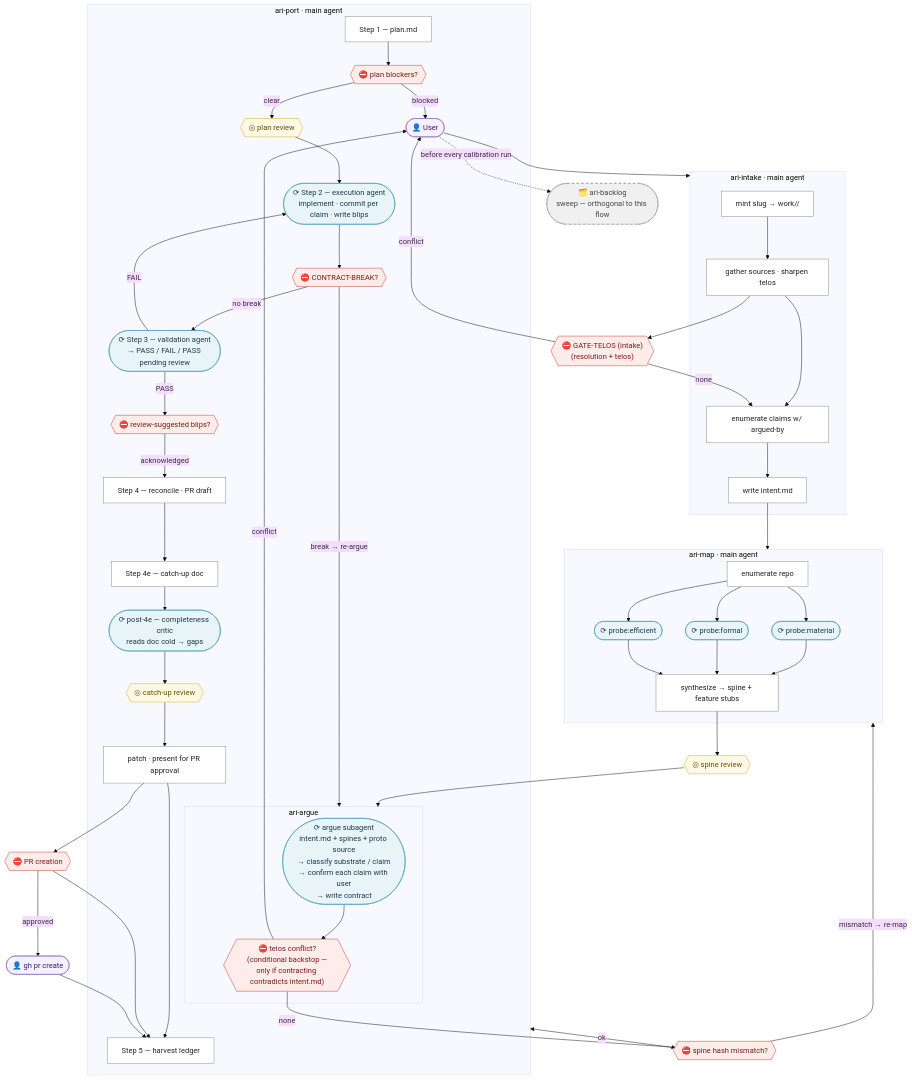
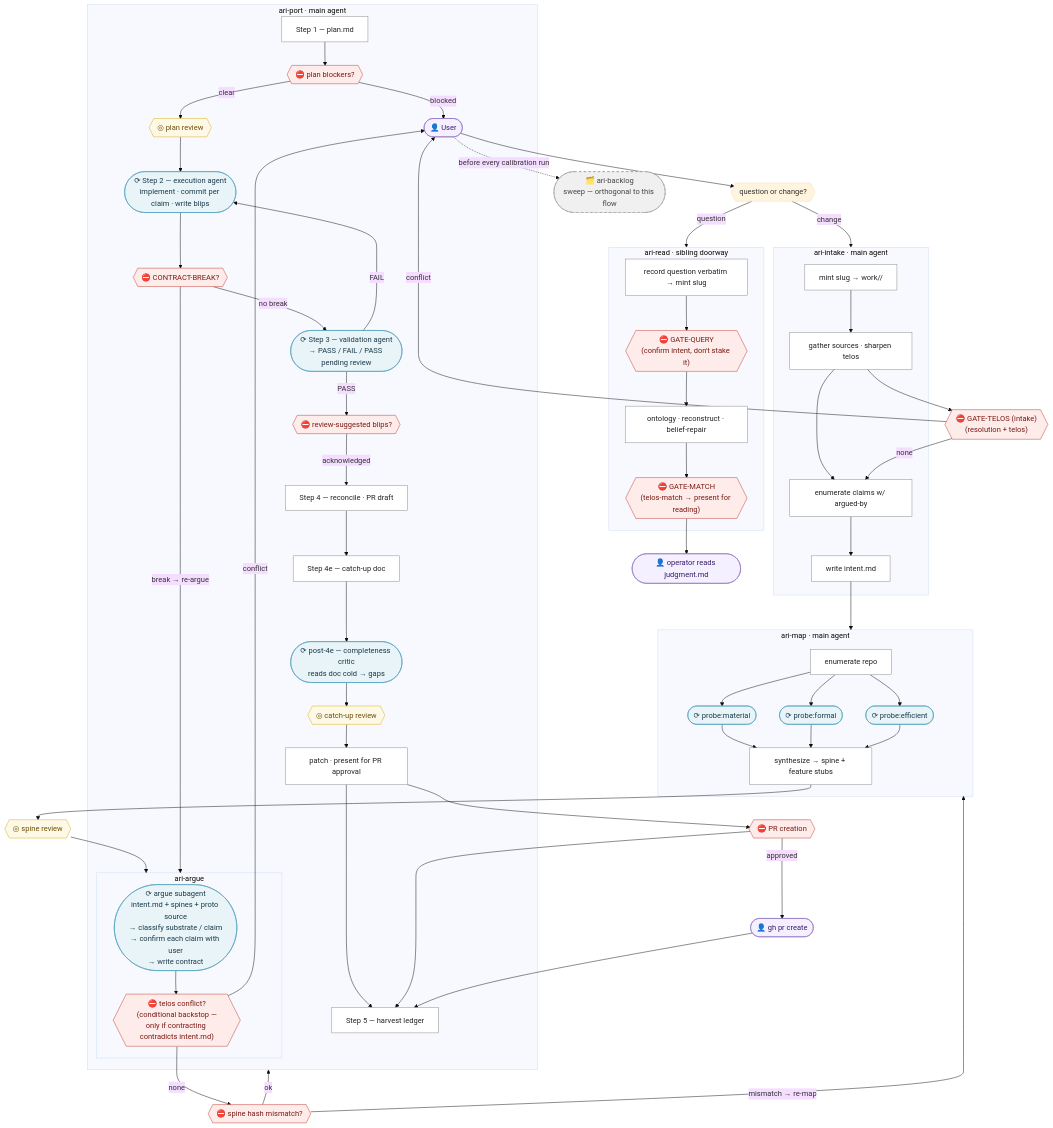
The diagram in README.md (wmorgus/anima-lite), drawn with Mermaid (base theme) before and after one commit. The commit also changed other lines of this file and 9 other files, not shown here.

First line of the commit message:
feat(harness): /ari-read — read-register doorway, reconstruction, GATE-QUERY + GATE-MATCH (PIN-34)

````diff
--- a/README.md
+++ b/README.md
@@ -62,7 +68,18 @@
 ```mermaid
 flowchart TD
-    USER(["👤 User"]) --> ARIINTAKE
+    USER(["👤 User"]) --> FORK{{"question or change?"}}
+    FORK -- change --> ARIINTAKE
+    FORK -- question --> ARIREAD
     USER -.->|"before every calibration run"| BACKLOG(["🗂️ ari-backlog\nsweep — orthogonal to this flow"])
+
+    subgraph ARIREAD["ari-read  ·  sibling doorway"]
+        AR1["record question verbatim → mint slug"]
+        ARQUERY{{"⛔ GATE-QUERY\n(confirm intent, don't stake it)"}}
+        AR2["ontology · reconstruct · belief-repair"]
+        ARMATCH{{"⛔ GATE-MATCH\n(telos-match → present for reading)"}}
+        AR1 --> ARQUERY --> AR2 --> ARMATCH
+    end
+    ARMATCH --> READDONE(["👤 operator reads judgment.md"])
 
     subgraph ARIINTAKE["ari-intake  ·  main agent"]
         AI1["mint slug → work/<slug>/"]
@@ -142,9 +159,9 @@
     classDef orth  fill:#f0f0f0,stroke:#999,color:#444,stroke-dasharray: 5 5
 
     class AM2,AM3,AM4,AA,AP2,AP3,AP6 sub
-    class AI1,AI2,AI3,AI4,AM1,AM5,AP1,AP4,AP5,AP7,AP8 main
-    class USER,GH user
-    class ITELOS,TELOS,HASHCHECK,BLOCKER,BREAK,BLIPS,PRGATE req
+    class AI1,AI2,AI3,AI4,AM1,AM5,AP1,AP4,AP5,AP7,AP8,AR1,AR2 main
+    class USER,GH,READDONE user
+    class ITELOS,TELOS,HASHCHECK,BLOCKER,BREAK,BLIPS,PRGATE,ARQUERY,ARMATCH req
     class OPT1,OPT2,OPT3 opt
     class BACKLOG orth
 ```
````
